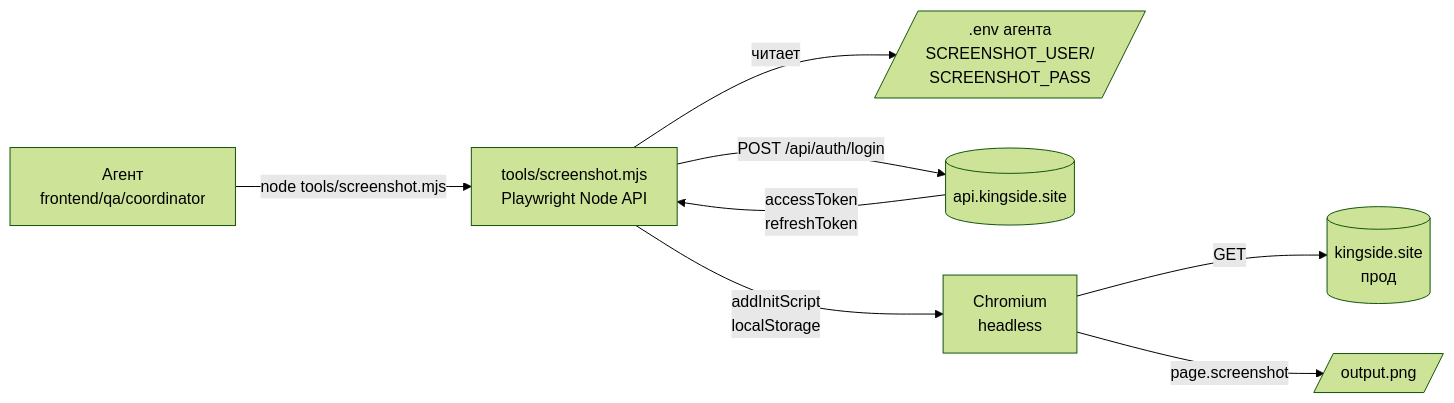
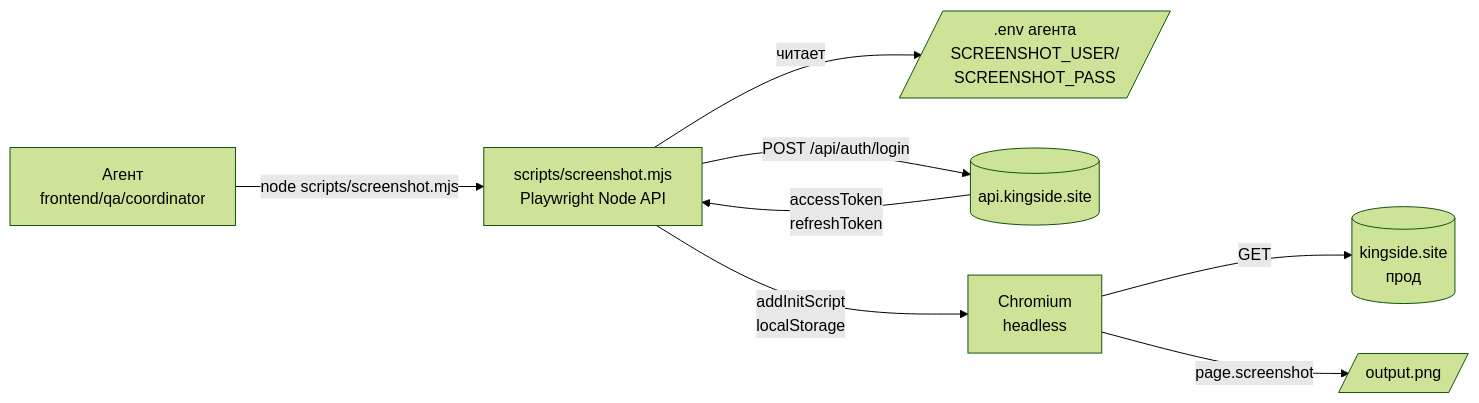
Before and after one commit to StasPiv/kingside: the first of 2 diagrams in docs/adr/036-agent-screenshot-tooling.md, drawn with Mermaid (forest theme). The commit also changed other lines of this file, not shown here.

Commit message:
docs(adr-036): sync screenshot script path tools/ → scripts/ across ADR (KS-2382)

````diff
--- a/docs/adr/036-agent-screenshot-tooling.md
+++ b/docs/adr/036-agent-screenshot-tooling.md
@@ -82,10 +82,10 @@
 ```mermaid
 flowchart LR
-    Agent[Агент<br/>frontend/qa/coordinator] -->|node tools/screenshot.mjs| Script[tools/screenshot.mjs<br/>Playwright Node API]
+    Agent[Агент<br/>frontend/qa/coordinator] -->|node scripts/screenshot.mjs| Script[scripts/screenshot.mjs<br/>Playwright Node API]
     Script -->|читает| Env[/.env агента<br/>SCREENSHOT_USER/<br/>SCREENSHOT_PASS/]
     Script -->|POST /api/auth/login| API[(api.kingside.site)]
     API -->|accessToken<br/>refreshToken| Script
     Script -->|addInitScript<br/>localStorage| Browser[Chromium<br/>headless]
     Browser -->|GET| Prod[(kingside.site<br/>прод)]
     Browser -->|page.screenshot| File[/output.png/]
 ```
````
